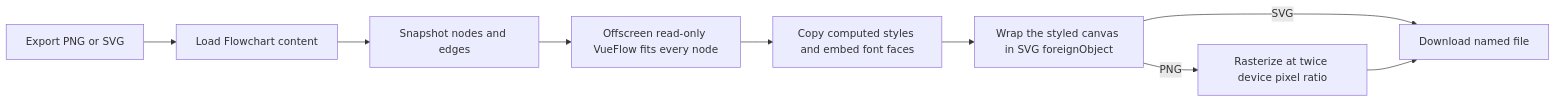
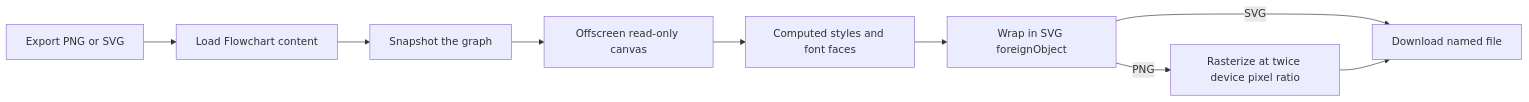
One commit to Esposter/Esposter changed the diagram in openspec/specs/resource/flowchart-image-export/design.md. Above: the diagram before and after it, drawn with Mermaid. The commit also changed 13 other files, not shown here.

````diff
--- a/openspec/specs/resource/flowchart-image-export/design.md
+++ b/openspec/specs/resource/flowchart-image-export/design.md
@@ -7,11 +7,11 @@
 ```mermaid
 flowchart LR
   MENU[Export PNG or SVG] --> LOAD[Load Flowchart content]
-  LOAD --> SNAP[Snapshot nodes and edges]
-  SNAP --> CANVAS[Offscreen read-only VueFlow fits every node]
-  CANVAS --> CSS[Copy computed styles and embed font faces]
-  CSS --> SVG[Wrap the styled canvas in SVG foreignObject]
+  LOAD --> SNAP[Snapshot the graph]
+  SNAP --> CANVAS[Offscreen read-only canvas]
+  CANVAS --> CSS[Computed styles and font faces]
+  CSS --> SVG[Wrap in SVG foreignObject]
   SVG -->|SVG| FILE[Download named file]
   SVG -->|PNG| RASTER[Rasterize at twice device pixel ratio]
   RASTER --> FILE
 ```
````
